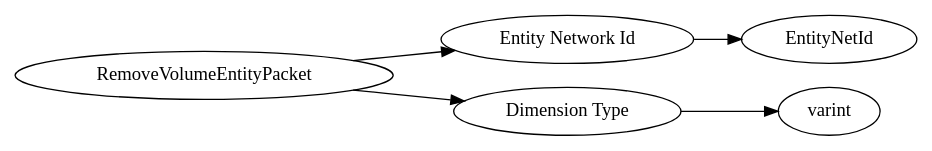
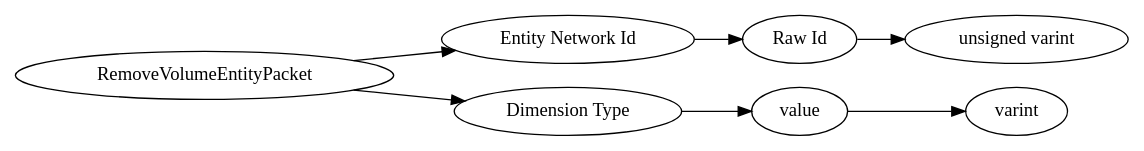
The diagram in dot/RemoveVolumeEntityPacket.dot (Mojang/bedrock-protocol-docs), drawn with Graphviz before and after one commit. The commit also changed 785 other files, not shown here.

```diff
--- a/dot/RemoveVolumeEntityPacket.dot
+++ b/dot/RemoveVolumeEntityPacket.dot
@@ -1,16 +1,20 @@
 digraph "RemoveVolumeEntityPacket" {
 rankdir = LR
 0
 0 -> 1
 1 -> 2
-0 -> 3
-3 -> 4
+2 -> 3
+0 -> 4
+4 -> 5
+5 -> 6
 
-0 [label="RemoveVolumeEntityPacket",comment="name: \"RemoveVolumeEntityPacket\", typeName: \"\", id: 0, branchId: 167, recurseId: -1, attributes: 0, notes: \"\""];
-1 [label="Entity Network Id",comment="name: \"Entity Network Id\", typeName: \"EntityNetId\", id: 1, branchId: 0, recurseId: -1, attributes: 256, notes: \"\""];
-2 [label="EntityNetId",comment="name: \"EntityNetId\", typeName: \"\", id: 2, branchId: 0, recurseId: -1, attributes: 512, notes: \"\""];
-3 [label="Dimension Type",comment="name: \"Dimension Type\", typeName: \"\", id: 3, branchId: 0, recurseId: -1, attributes: 0, notes: \"\""];
-4 [label="varint",comment="name: \"varint\", typeName: \"\", id: 4, branchId: 0, recurseId: -1, attributes: 512, notes: \"\""];
-{ rank = max;2;4}
+0 [label="RemoveVolumeEntityPacket",comment="name: \"RemoveVolumeEntityPacket\", typeName: \"\", id: 0, branchId: 0, recurseId: -1, attributes: 0, notes: \"Sends a volume entity to be removed from server to client.\""];
+1 [label="Entity Network Id",comment="name: \"Entity Network Id\", typeName: \"\", id: 1, branchId: 0, recurseId: -1, attributes: 0, notes: \"\""];
+2 [label="Raw Id",comment="name: \"Raw Id\", typeName: \"\", id: 2, branchId: 0, recurseId: -1, attributes: 0, notes: \"\""];
+3 [label="unsigned varint",comment="name: \"unsigned varint\", typeName: \"\", id: 3, branchId: 0, recurseId: -1, attributes: 512, notes: \"\""];
+4 [label="Dimension Type",comment="name: \"Dimension Type\", typeName: \"\", id: 4, branchId: 0, recurseId: -1, attributes: 0, notes: \"\""];
+5 [label="value",comment="name: \"value\", typeName: \"\", id: 5, branchId: 0, recurseId: -1, attributes: 0, notes: \"\""];
+6 [label="varint",comment="name: \"varint\", typeName: \"\", id: 6, branchId: 0, recurseId: -1, attributes: 512, notes: \"\""];
+{ rank = max;3;6}
 
 }
```
